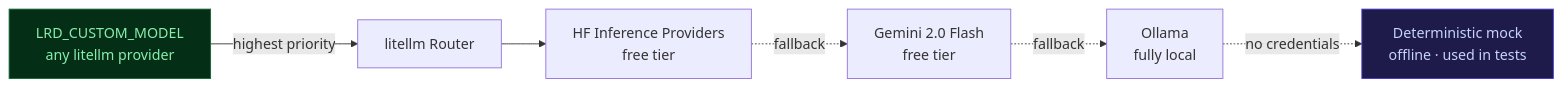
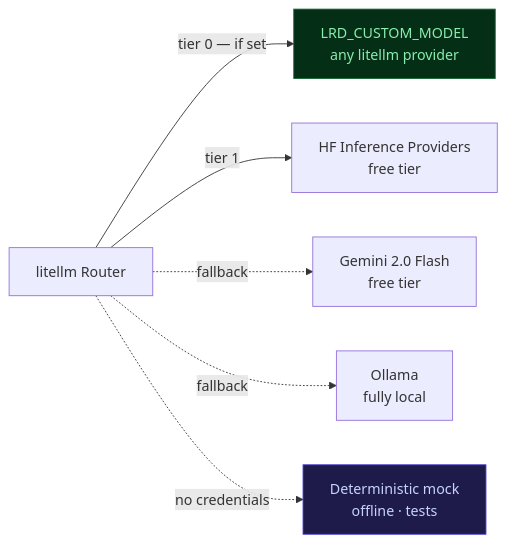
One commit to adel-saoud/llm-regression-detector changed the second of 2 diagrams in README.md. Above: the diagram before and after it, drawn with Mermaid. The commit also changed other lines of this file and 30 other files, not shown here.

````diff
--- a/README.md
+++ b/README.md
@@ -76,11 +126,11 @@
 ```mermaid
 flowchart LR
-    C[LRD_CUSTOM_MODEL\nany litellm provider] -->|highest priority| R[litellm Router]
-    R --> HF[HF Inference Providers\nfree tier]
-    HF -. fallback .-> G[Gemini 2.0 Flash\nfree tier]
-    G -. fallback .-> O[Ollama\nfully local]
-    O -. no credentials .-> M[Deterministic mock\noffline · used in tests]
+    R[litellm Router] -->|tier 0 — if set| C[LRD_CUSTOM_MODEL\nany litellm provider]
+    R -->|tier 1| HF[HF Inference Providers\nfree tier]
+    R -.->|fallback| G[Gemini 2.0 Flash\nfree tier]
+    R -.->|fallback| O[Ollama\nfully local]
+    R -.->|no credentials| M[Deterministic mock\noffline · tests]
 
     style C fill:#052e16,stroke:#166534,color:#86efac
     style M fill:#1e1b4b,stroke:#4338ca,color:#c7d2fe
 ```
````
